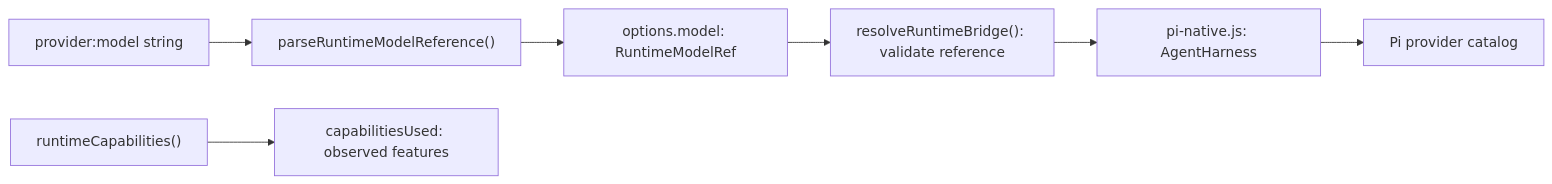
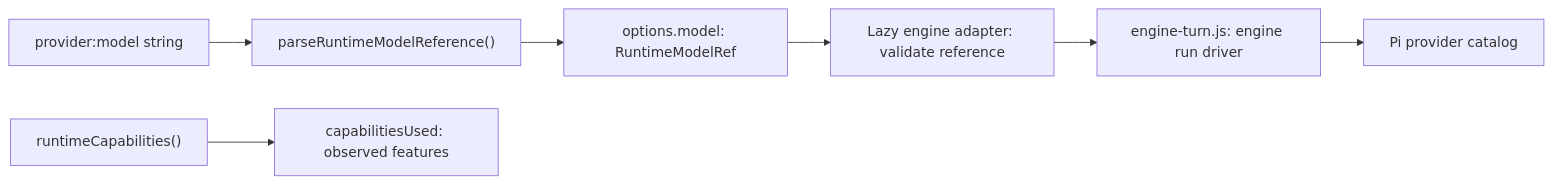
One commit to robertsreberski/mono-agent changed the second of 5 diagrams in packages/agent-runtime/ARCHITECTURE.md. Above: the diagram before and after it, drawn with Mermaid. The commit also changed other lines of this file and 15 other files, not shown here.

Commit message:
docs(runtime): document engine turn names and deprecated aliases

````diff
--- a/packages/agent-runtime/ARCHITECTURE.md
+++ b/packages/agent-runtime/ARCHITECTURE.md
@@ -75,9 +75,9 @@
 ```mermaid
 flowchart LR
   AuthoredRef["provider:model string"] --> Parse["parseRuntimeModelReference()"]
   Parse --> ModelRef["options.model: RuntimeModelRef"]
-  ModelRef --> Resolve["resolveRuntimeBridge(): validate reference"]
-  Resolve --> Pi["pi-native.js: AgentHarness"]
+  ModelRef --> Resolve["Lazy engine adapter: validate reference"]
+  Resolve --> Pi["engine-turn.js: engine run driver"]
   Pi --> Provider["Pi provider catalog"]
   Caps["runtimeCapabilities()"] --> Used["capabilitiesUsed: observed features"]
 ```
````
